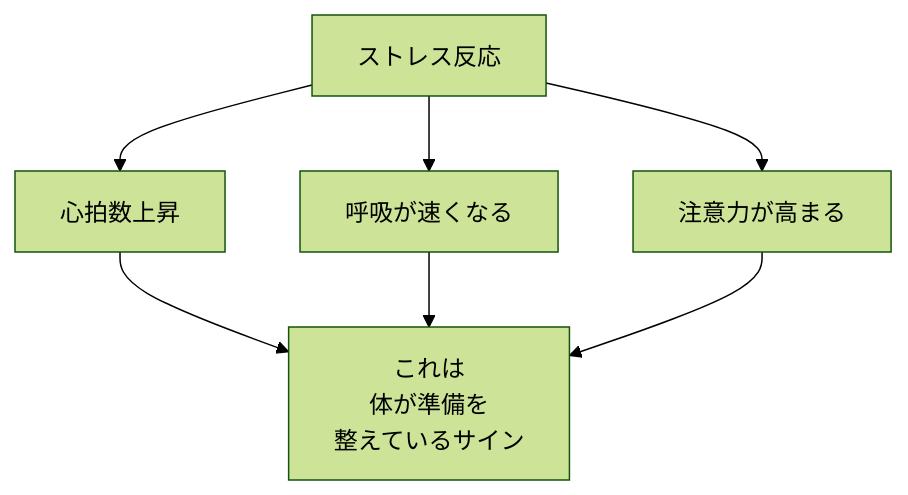
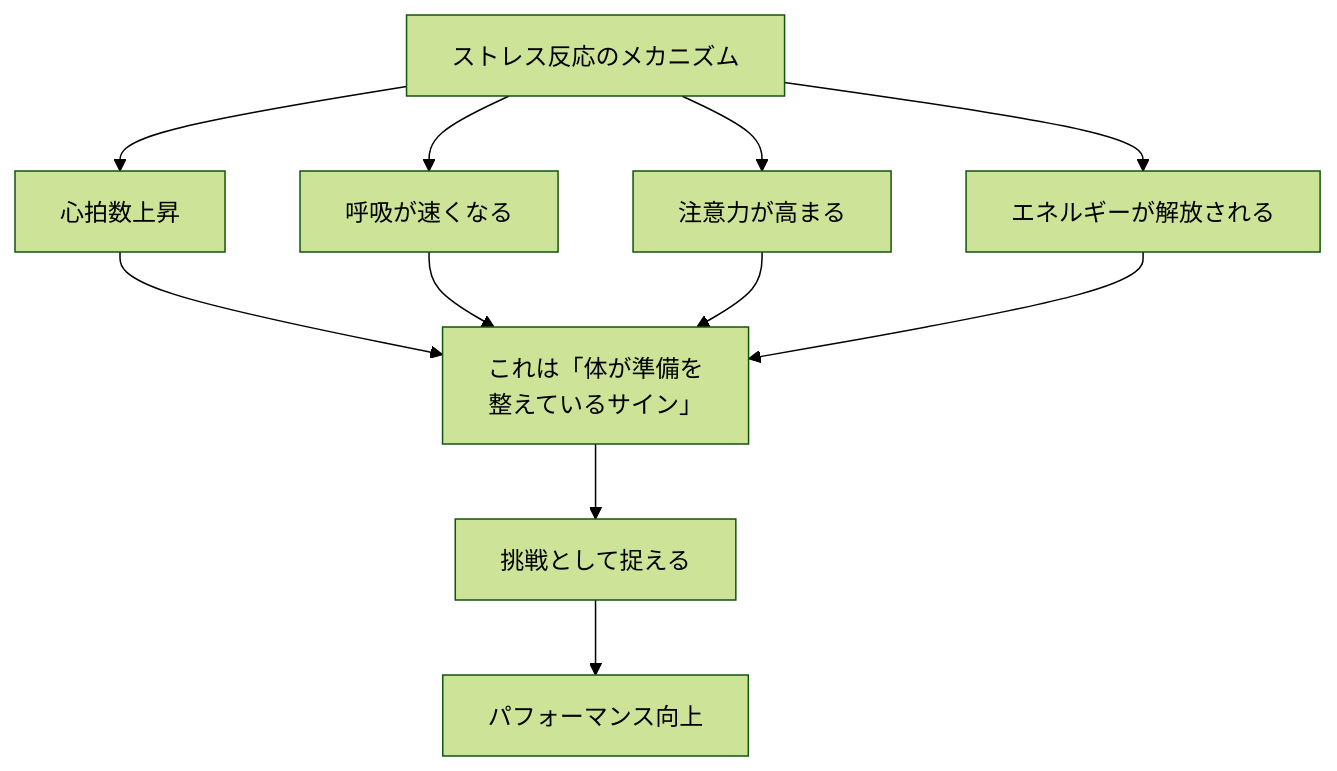
Before and after one commit to tndg16-bot/portfolio-site: the second of 5 diagrams in content/blog/281-stress-growth-mindset-challenge.md, drawn with Mermaid (forest theme). The commit also changed other lines of this file and 19 other files, not shown here.

````diff
--- a/content/blog/281-stress-growth-mindset-challenge.md
+++ b/content/blog/281-stress-growth-mindset-challenge.md
@@ -51,10 +64,16 @@
 ```mermaid
 graph TD
-    A[ストレス反応] --> B[心拍数上昇]
+    A[ストレス反応のメカニズム]
+    A --> B[心拍数上昇]
     A --> C[呼吸が速くなる]
     A --> D[注意力が高まる]
+    A --> E[エネルギーが解放される]
     
-    B --> E[これは<br/>体が準備を<br/>整えているサイン]
-    C --> E
-    D --> E
+    B --> F[これは「体が準備を<br/>整えているサイン」]
+    C --> F
+    D --> F
+    E --> F
+    
+    F --> G[挑戦として捉える]
+    G --> H[パフォーマンス向上]
 ```
````
